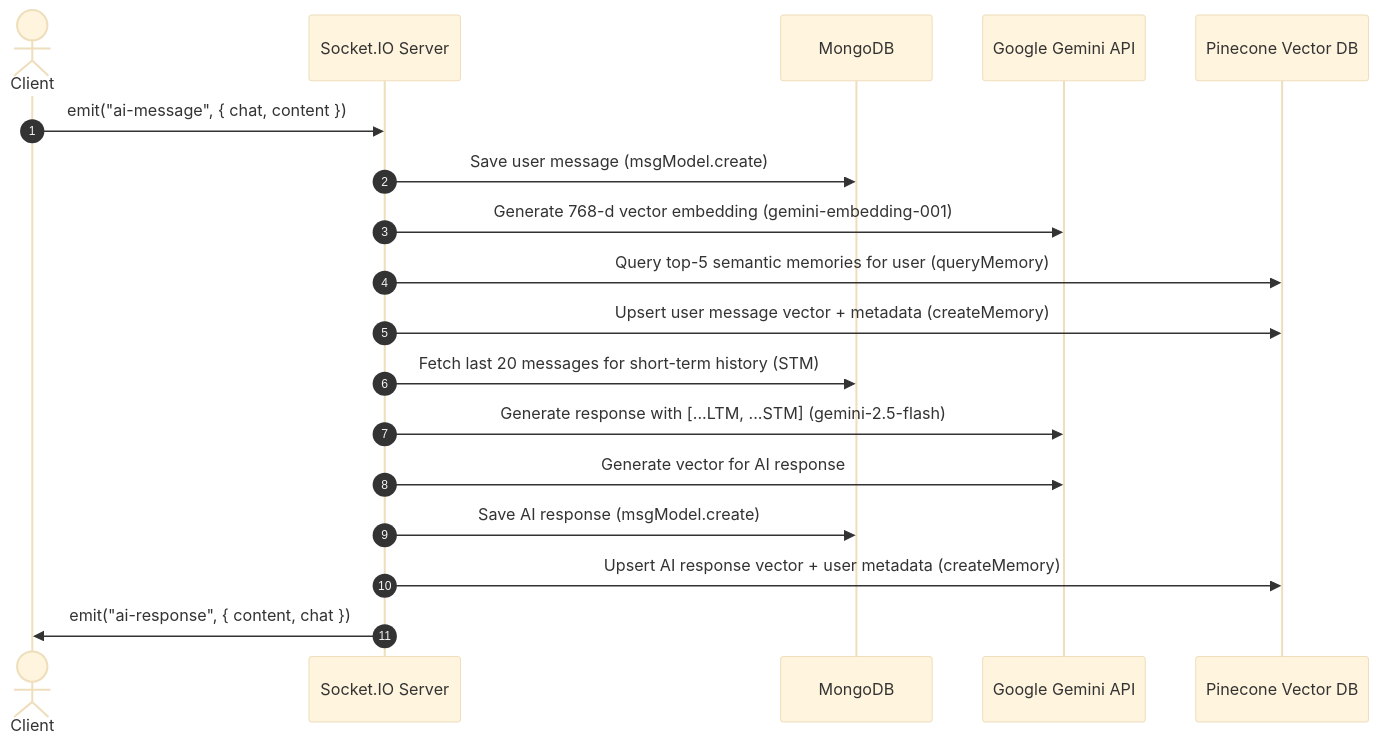
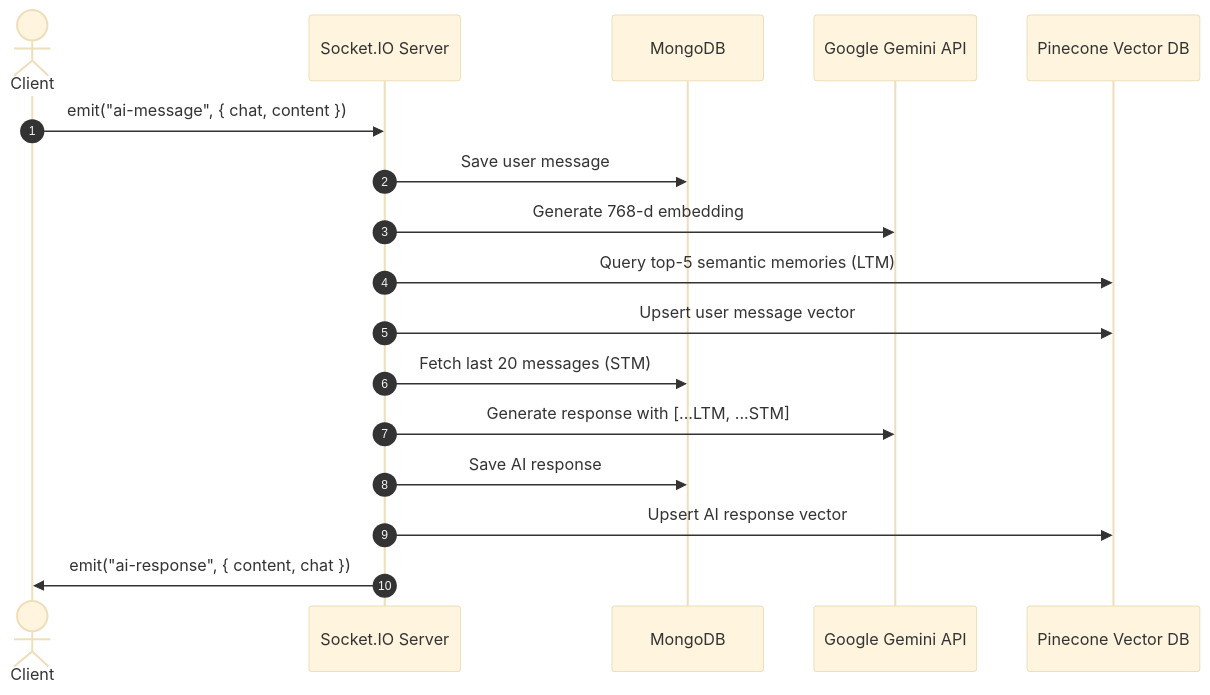
The diagram in README.md (itsam-13/Project-GPT), drawn with Mermaid (base theme) before and after one commit. The commit also changed other lines of this file, not shown here.

````diff
--- a/README.md
+++ b/README.md
@@ -47,21 +35,20 @@
 ```mermaid
 sequenceDiagram
     autonumber
     actor Client
     participant Server as Socket.IO Server
     participant Mongo as MongoDB
     participant Gemini as Google Gemini API
     participant Pinecone as Pinecone Vector DB
 
     Client->>Server: emit("ai-message", { chat, content })
-    Server->>Mongo: Save user message (msgModel.create)
-    Server->>Gemini: Generate 768-d vector embedding (gemini-embedding-001)
-    Server->>Pinecone: Query top-5 semantic memories for user (queryMemory)
-    Server->>Pinecone: Upsert user message vector + metadata (createMemory)
-    Server->>Mongo: Fetch last 20 messages for short-term history (STM)
-    Server->>Gemini: Generate response with [...LTM, ...STM] (gemini-2.5-flash)
-    Server->>Gemini: Generate vector for AI response
-    Server->>Mongo: Save AI response (msgModel.create)
-    Server->>Pinecone: Upsert AI response vector + user metadata (createMemory)
+    Server->>Mongo: Save user message
+    Server->>Gemini: Generate 768-d embedding
+    Server->>Pinecone: Query top-5 semantic memories (LTM)
+    Server->>Pinecone: Upsert user message vector
+    Server->>Mongo: Fetch last 20 messages (STM)
+    Server->>Gemini: Generate response with [...LTM, ...STM]
+    Server->>Mongo: Save AI response
+    Server->>Pinecone: Upsert AI response vector
     Server->>Client: emit("ai-response", { content, chat })
 ```
````
